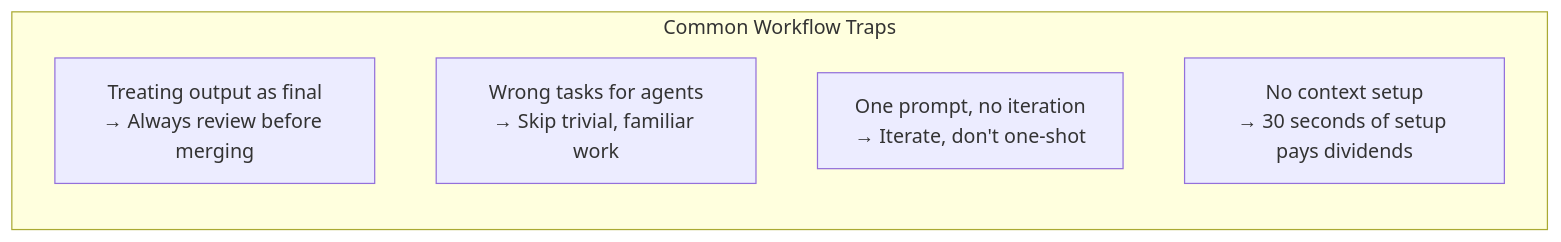
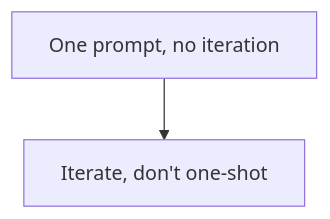
One commit to lurx/lurx-react changed the fifth of 6 diagrams in apps/rotem-is-a-dev/src/app/content/posts/agentic-ai-development-from-zero-to-hero/part-4-integrating-agents-workflow.md. Above: the diagram before and after it, drawn with Mermaid. The commit also changed other lines of this file and 6 other files, not shown here.

First line of the commit message:
content(agentic-ai): publish series — drop draft flag, set date, polish part 4 traps diagram

````diff
--- a/apps/rotem-is-a-dev/src/app/content/posts/agentic-ai-development-from-zero-to-hero/part-4-integrating-agents-workflow.md
+++ b/apps/rotem-is-a-dev/src/app/content/posts/agentic-ai-development-from-zero-to-hero/part-4-integrating-agents-workflow.md
@@ -147,10 +157,4 @@
 ```mermaid
-flowchart TD
-    subgraph traps["Common Workflow Traps"]
-        direction TB
-        T1["Treating output as final\n→ Always review before merging"]
-        T2["Wrong tasks for agents\n→ Skip trivial, familiar work"]
-        T3["One prompt, no iteration\n→ Iterate, don't one-shot"]
-        T4["No context setup\n→ 30 seconds of setup pays dividends"]
-    end
+flowchart TB
+    T3["One prompt, no iteration"] --> F3["Iterate, don't one-shot"]
 ```
````
